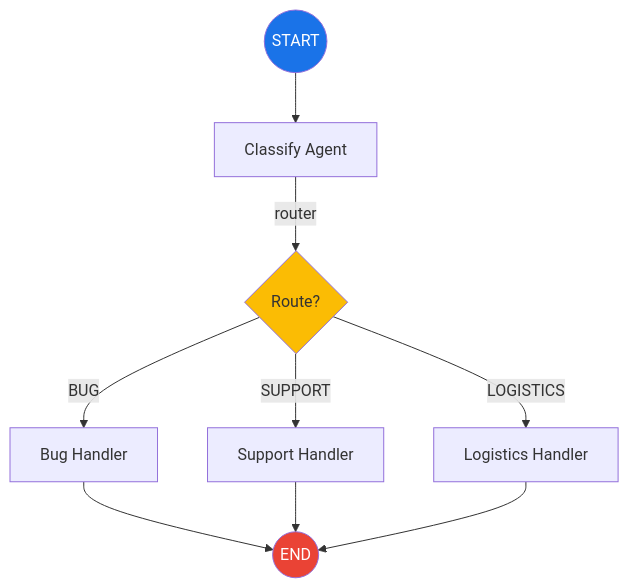
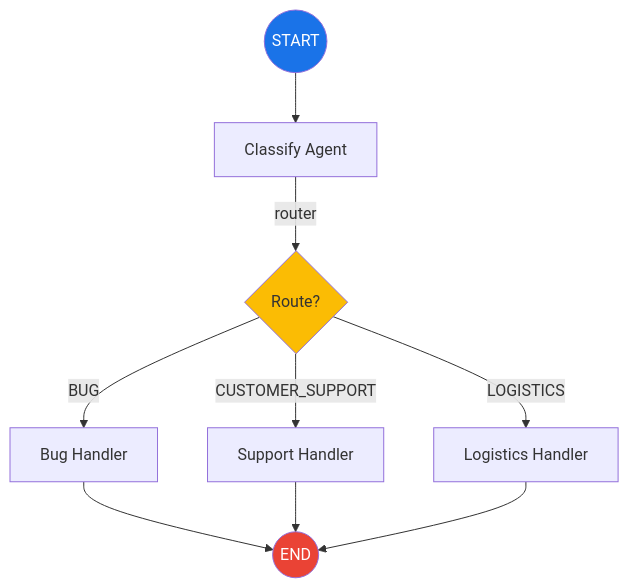
The third of 5 diagrams in docs/research/020b-adk-2.0-upgrade.md (ThreeFish-AI/negentropy), drawn with Mermaid before and after one commit. The commit also changed other lines of this file and 8 other files, not shown here.

````diff
--- a/docs/research/020b-adk-2.0-upgrade.md
+++ b/docs/research/020b-adk-2.0-upgrade.md
@@ -71,15 +72,15 @@
 ```mermaid
 graph TD
     START(("START")) --> Classify["Classify Agent"]
     Classify --> |router| Decision{"Route?"}
     Decision --> |BUG| BugHandler["Bug Handler"]
-    Decision --> |SUPPORT| SupportHandler["Support Handler"]
+    Decision --> |CUSTOMER_SUPPORT| SupportHandler["Support Handler"]
     Decision --> |LOGISTICS| LogisticsHandler["Logistics Handler"]
     BugHandler --> END(("END"))
     SupportHandler --> END
     LogisticsHandler --> END
 
     style START fill:#1a73e8,color:#fff
     style END fill:#ea4335,color:#fff
     style Decision fill:#fbbc04,color:#333
 ```
````
